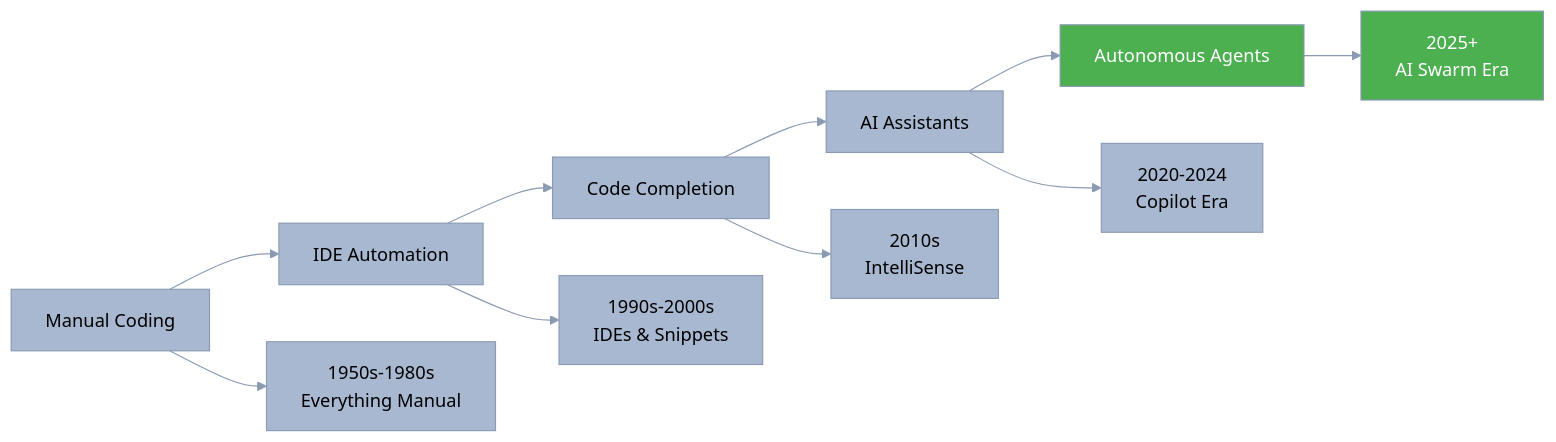
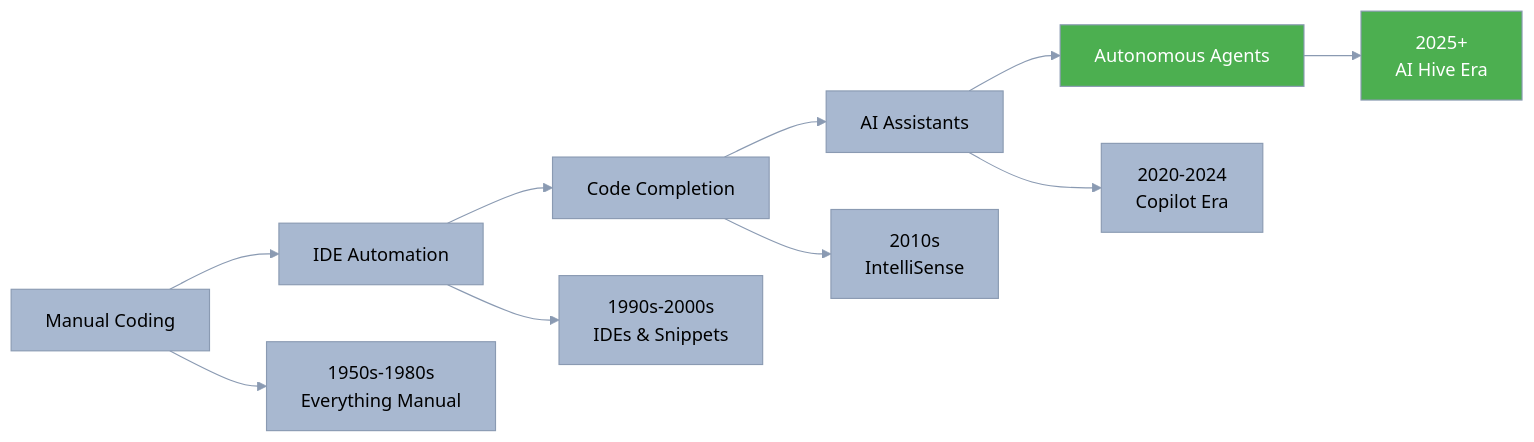
Before and after one commit to o2alexanderfedin/AI-Hive-Business-Docs: the eighth of 10 diagrams in business-documents/competitive-positioning/01-positioning-strategy.md, drawn with Mermaid. The commit also changed other lines of this file and 22 other files, not shown here.

First line of the commit message:
Replace all references from 'AI Swarm' to 'AI Hive' across project

````diff
--- a/business-documents/competitive-positioning/01-positioning-strategy.md
+++ b/business-documents/competitive-positioning/01-positioning-strategy.md
@@ -599,28 +599,28 @@
 ```mermaid
 %%{init: {
   'theme': 'base',
   'themeVariables': {
     'primaryColor': '#A8B8D0',
     'primaryTextColor': '#000000',
     'primaryBorderColor': '#8A9AB2',
     'lineColor': '#8A9AB2',
     'secondaryColor': '#5DBCB6',
     'tertiaryColor': '#84D4F5',
     'background': '#F5F5F5'
   }
 }}%%
 graph LR
     A[Manual Coding] --> B[IDE Automation]
     B --> C[Code Completion]
     C --> D[AI Assistants]
     D --> E[Autonomous Agents]
 
     A --> A1[1950s-1980s<br/>Everything Manual]
     B --> B1[1990s-2000s<br/>IDEs & Snippets]
     C --> C1[2010s<br/>IntelliSense]
     D --> D1[2020-2024<br/>Copilot Era]
-    E --> E1[2025+<br/>AI Swarm Era]
+    E --> E1[2025+<br/>AI Hive Era]
 
     style E fill:#4CAF50,color:#fff
     style E1 fill:#4CAF50,color:#fff
 ```
````
